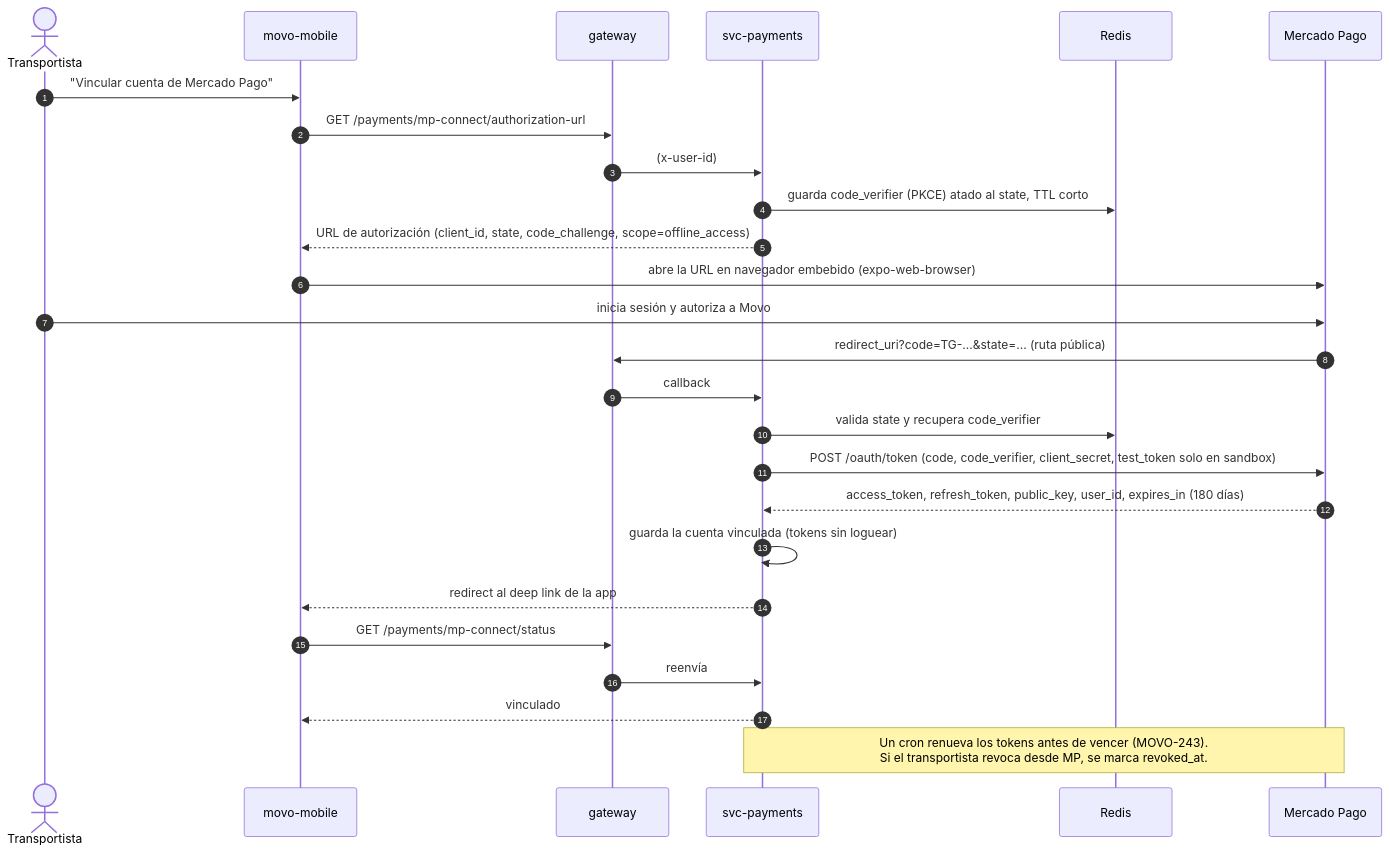
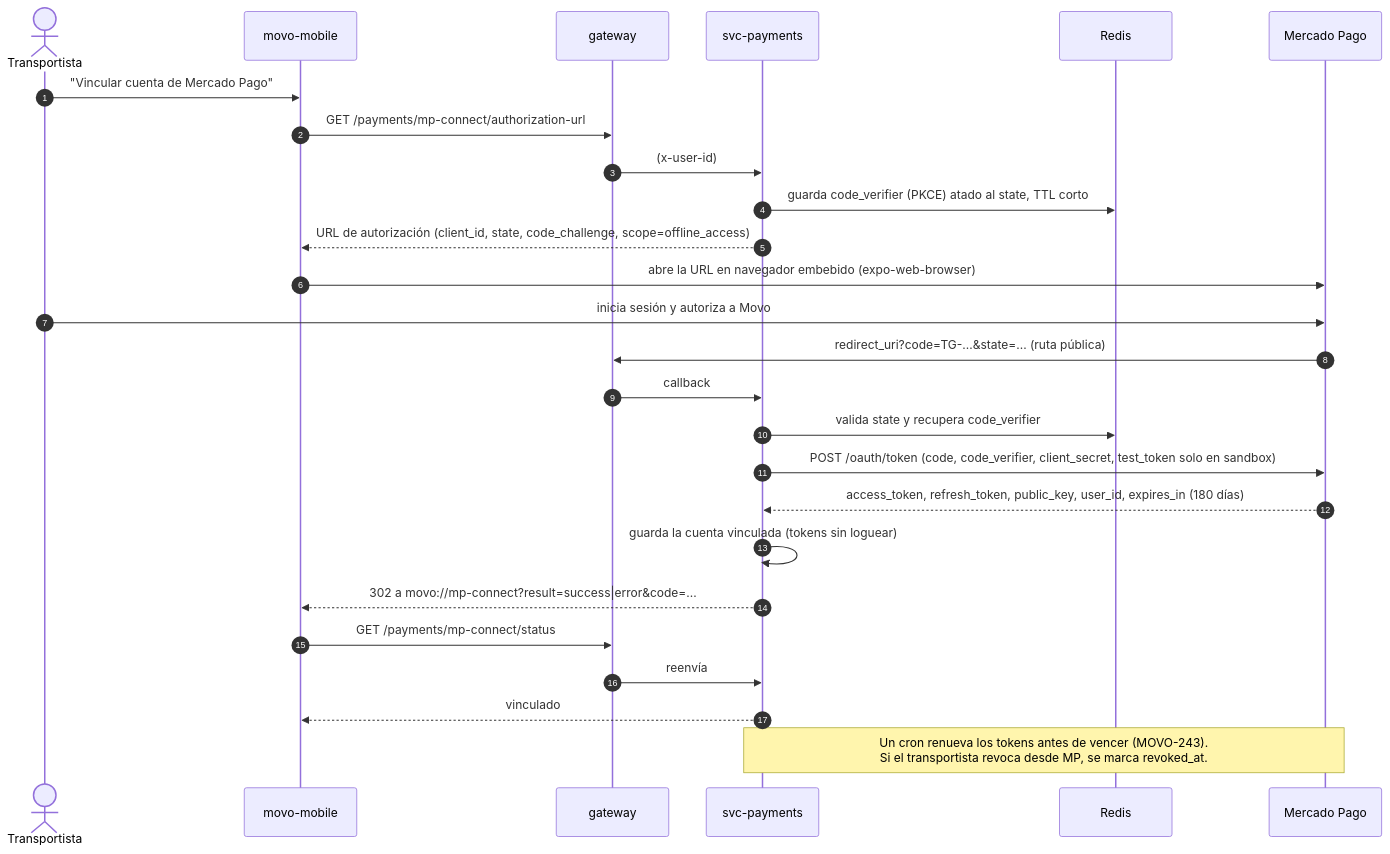
The fourth of 10 diagrams in docs/payments/flujo-de-pagos.md (movosend/movo), drawn with Mermaid before and after one commit. The commit also changed other lines of this file and 2 other files, not shown here.

First line of the commit message:
docs: registrar movo-111 en claude.md y flujo de pagos

````diff
--- a/docs/payments/flujo-de-pagos.md
+++ b/docs/payments/flujo-de-pagos.md
@@ -157,29 +157,29 @@
 ```mermaid
 sequenceDiagram
     autonumber
     actor T as Transportista
     participant M as movo-mobile
     participant G as gateway
     participant P as svc-payments
     participant R as Redis
     participant MP as Mercado Pago
 
     T->>M: "Vincular cuenta de Mercado Pago"
     M->>G: GET /payments/mp-connect/authorization-url
     G->>P: (x-user-id)
     P->>R: guarda code_verifier (PKCE) atado al state, TTL corto
     P-->>M: URL de autorización (client_id, state, code_challenge, scope=offline_access)
     M->>MP: abre la URL en navegador embebido (expo-web-browser)
     T->>MP: inicia sesión y autoriza a Movo
     MP->>G: redirect_uri?code=TG-...&state=... (ruta pública)
     G->>P: callback
     P->>R: valida state y recupera code_verifier
     P->>MP: POST /oauth/token (code, code_verifier, client_secret, test_token solo en sandbox)
     MP-->>P: access_token, refresh_token, public_key, user_id, expires_in (180 días)
     P->>P: guarda la cuenta vinculada (tokens sin loguear)
-    P-->>M: redirect al deep link de la app
+    P-->>M: 302 a movo://mp-connect?result=success|error&code=...
     M->>G: GET /payments/mp-connect/status
     G->>P: reenvía
     P-->>M: vinculado
     Note over P,MP: Un cron renueva los tokens antes de vencer (MOVO-243).<br/>Si el transportista revoca desde MP, se marca revoked_at.
 ```
````
